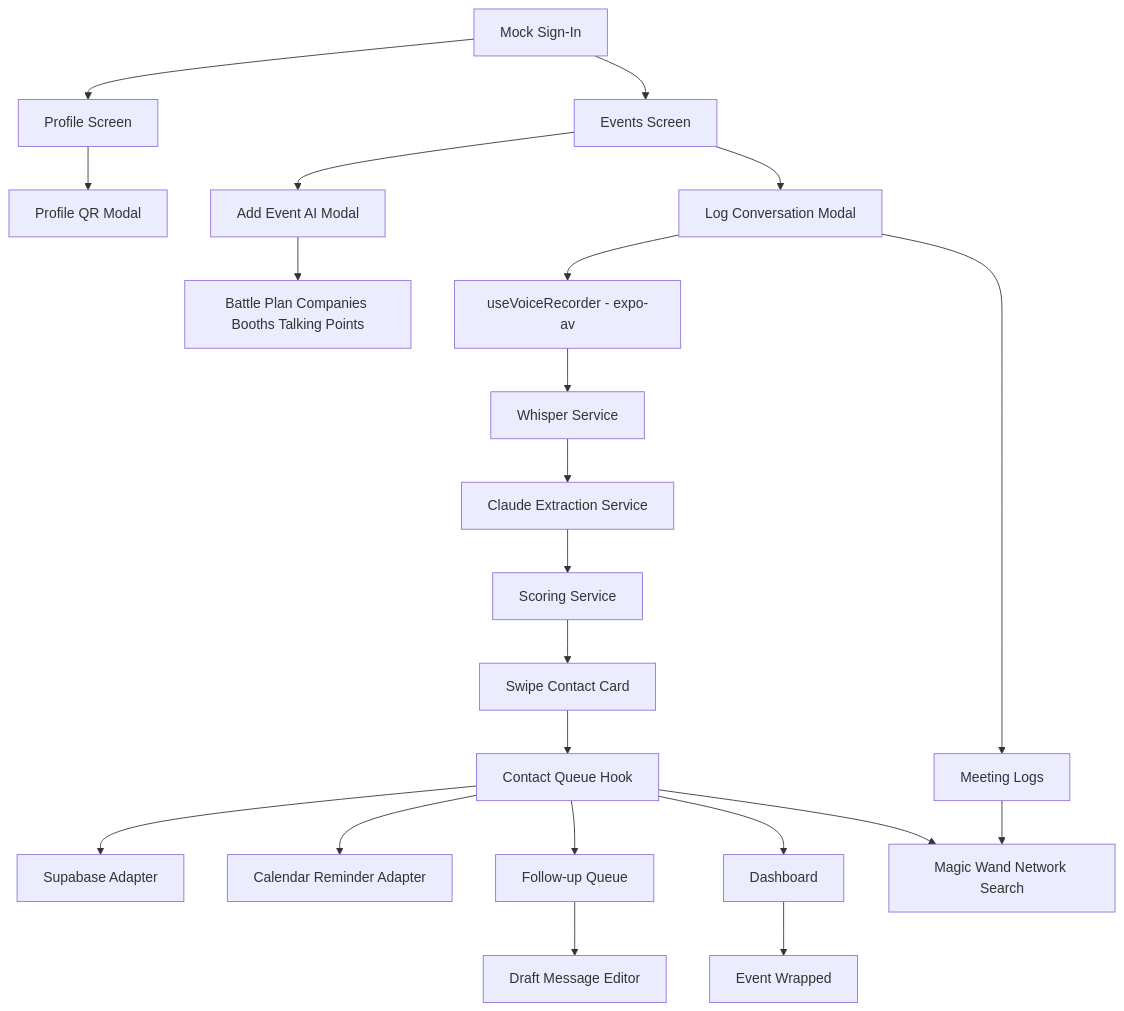
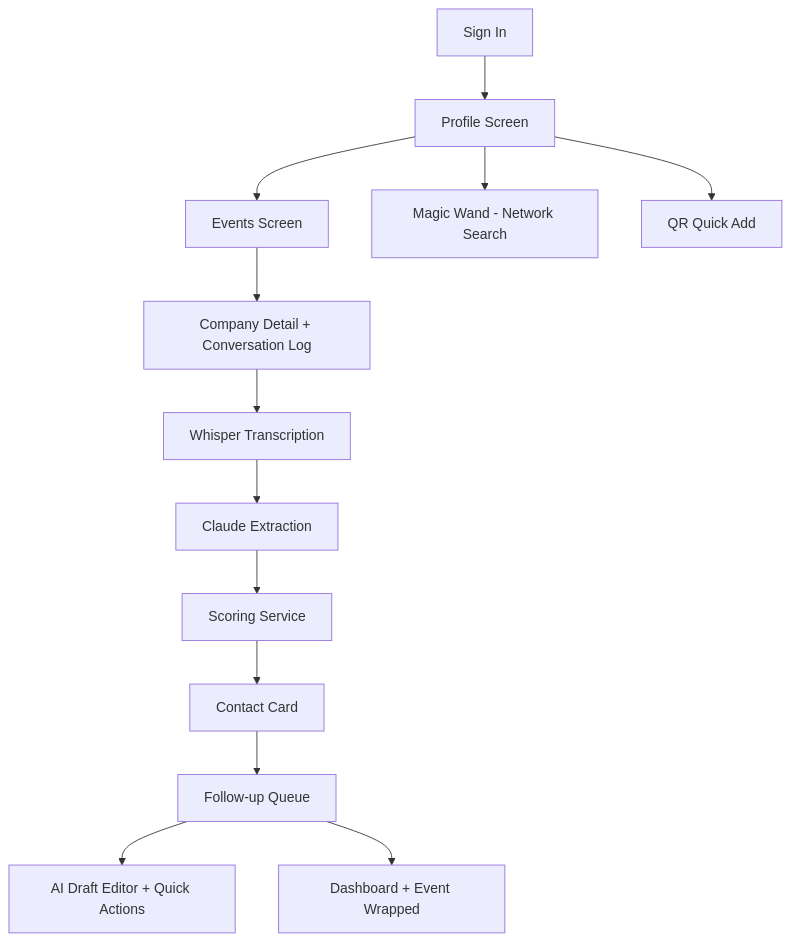
One commit to shrey-Bish/Ghosty changed the diagram in ARCHITECTURE.md. Above: the diagram before and after it, drawn with Mermaid. The commit also changed other lines of this file and 20 other files, not shown here.

````diff
--- a/ARCHITECTURE.md
+++ b/ARCHITECTURE.md
@@ -3,24 +3,15 @@
 ```mermaid
 flowchart TD
-  S[Mock Sign-In] --> P[Profile Screen]
-  S --> EV[Events Screen]
-  P --> QR[Profile QR Modal]
-  EV --> Q[Add Event AI Modal]
-  Q --> R[Battle Plan Companies Booths Talking Points]
-  EV --> LCM[Log Conversation Modal]
-  LCM --> B[useVoiceRecorder - expo-av]
-  B --> C[Whisper Service]
-  C --> D[Claude Extraction Service]
-  D --> SC[Scoring Service]
-  SC --> F[Swipe Contact Card]
-  F --> G[Contact Queue Hook]
-  G --> H[Supabase Adapter]
-  G --> I[Calendar Reminder Adapter]
-  G --> J[Follow-up Queue]
-  G --> K[Dashboard]
-  J --> L[Draft Message Editor]
-  K --> M[Event Wrapped]
-  LCM --> O[Meeting Logs]
-  O --> W[Magic Wand Network Search]
-  G --> W
+  A[Sign In] --> B[Profile Screen]
+  B --> C[Events Screen]
+  C --> D[Company Detail + Conversation Log]
+  D --> E[Whisper Transcription]
+  E --> F[Claude Extraction]
+  F --> G[Scoring Service]
+  G --> H[Contact Card]
+  H --> I[Follow-up Queue]
+  I --> J[AI Draft Editor + Quick Actions]
+  B --> K[Magic Wand - Network Search]
+  B --> L[QR Quick Add]
+  I --> M[Dashboard + Event Wrapped]
 ```
````
